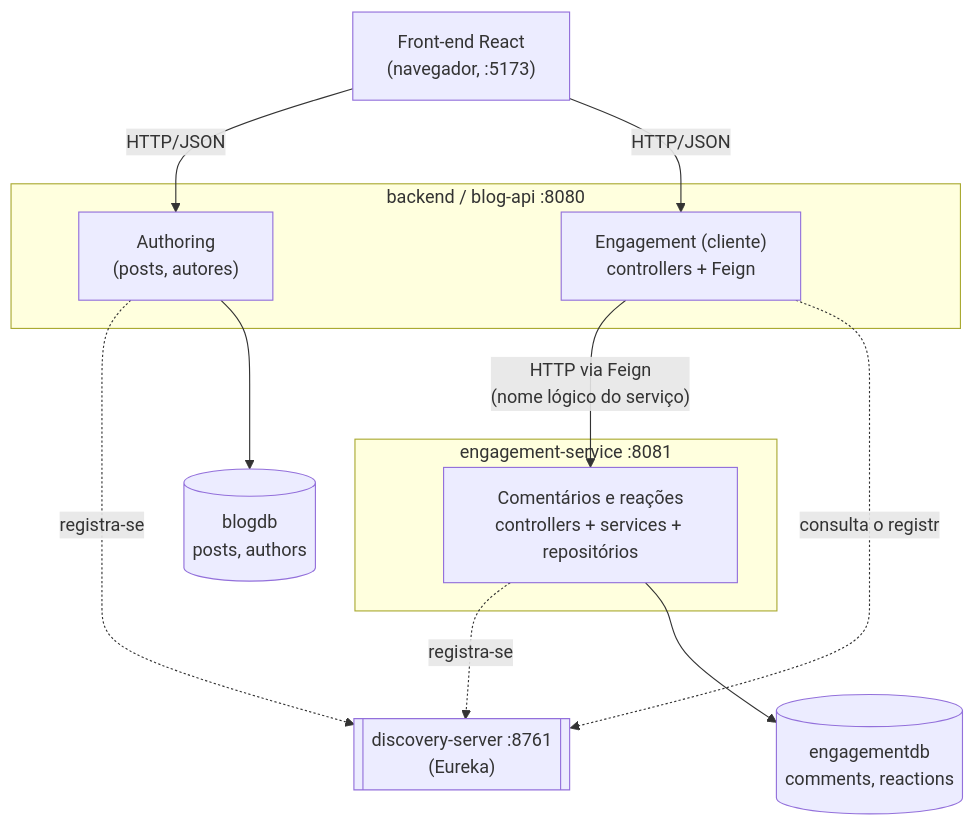
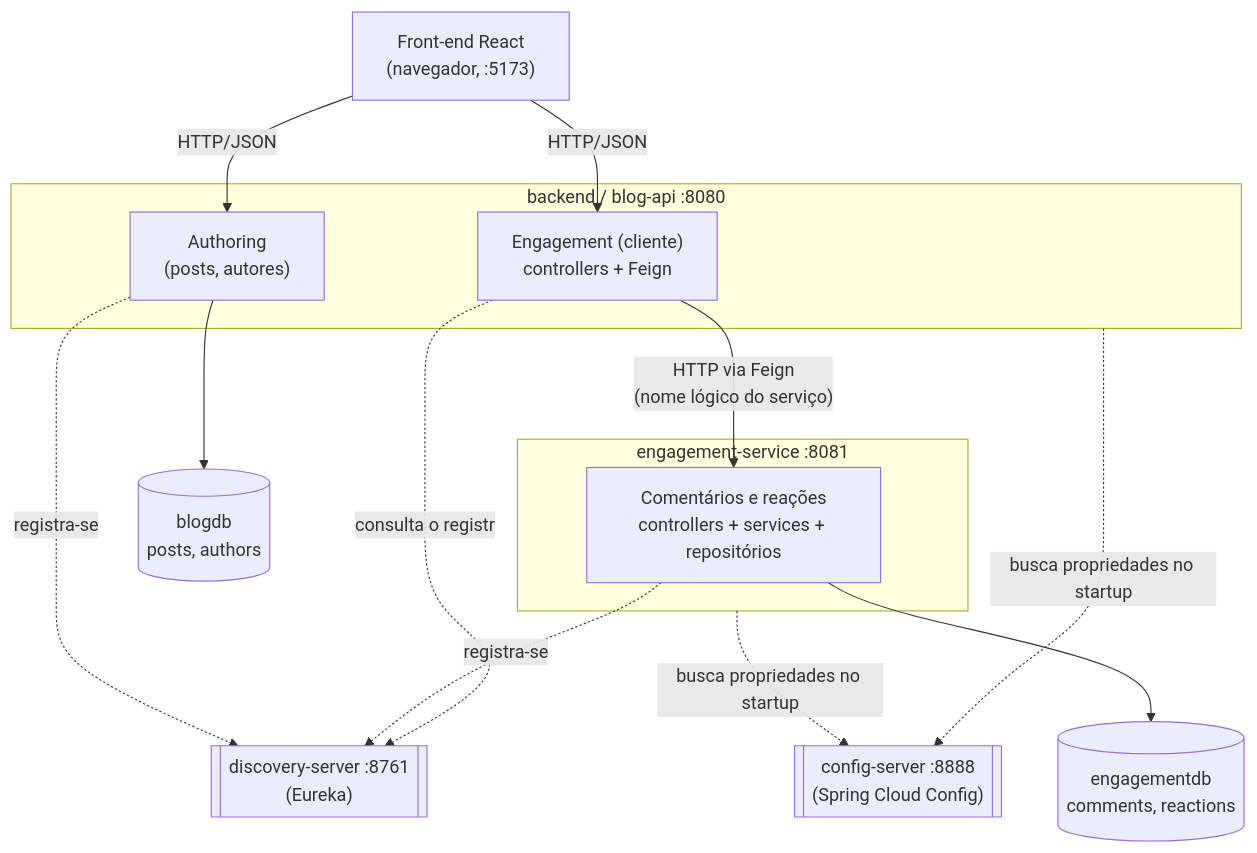
The first of 3 diagrams in docs/MICROSSERVICO.md (vctorgriggi/Projeto-Bloco-Teste-Performance-02), drawn with Mermaid before and after one commit. The commit also changed other lines of this file and 24 other files, not shown here.

````diff
--- a/docs/MICROSSERVICO.md
+++ b/docs/MICROSSERVICO.md
@@ -31,26 +34,29 @@
 ```mermaid
 flowchart TD
     FE["Front-end React<br/>(navegador, :5173)"]
 
     subgraph Mono["backend / blog-api :8080"]
         AUTH["Authoring<br/>(posts, autores)"]
         ENGCLI["Engagement (cliente)<br/>controllers + Feign"]
     end
 
     subgraph Micro["engagement-service :8081"]
         ENG["Comentários e reações<br/>controllers + services + repositórios"]
     end
 
     EUREKA[["discovery-server :8761<br/>(Eureka)"]]
+    CONFIG[["config-server :8888<br/>(Spring Cloud Config)"]]
     DB1[("blogdb<br/>posts, authors")]
     DB2[("engagementdb<br/>comments, reactions")]
 
     FE -->|HTTP/JSON| AUTH
     FE -->|HTTP/JSON| ENGCLI
     ENGCLI -->|"HTTP via Feign<br/>(nome lógico do serviço)"| ENG
     ENGCLI -.consulta o registro.-> EUREKA
     ENG -.registra-se.-> EUREKA
     AUTH -.registra-se.-> EUREKA
+    Mono -.busca propriedades no startup.-> CONFIG
+    Micro -.busca propriedades no startup.-> CONFIG
     AUTH --> DB1
     ENG --> DB2
 ```
````
